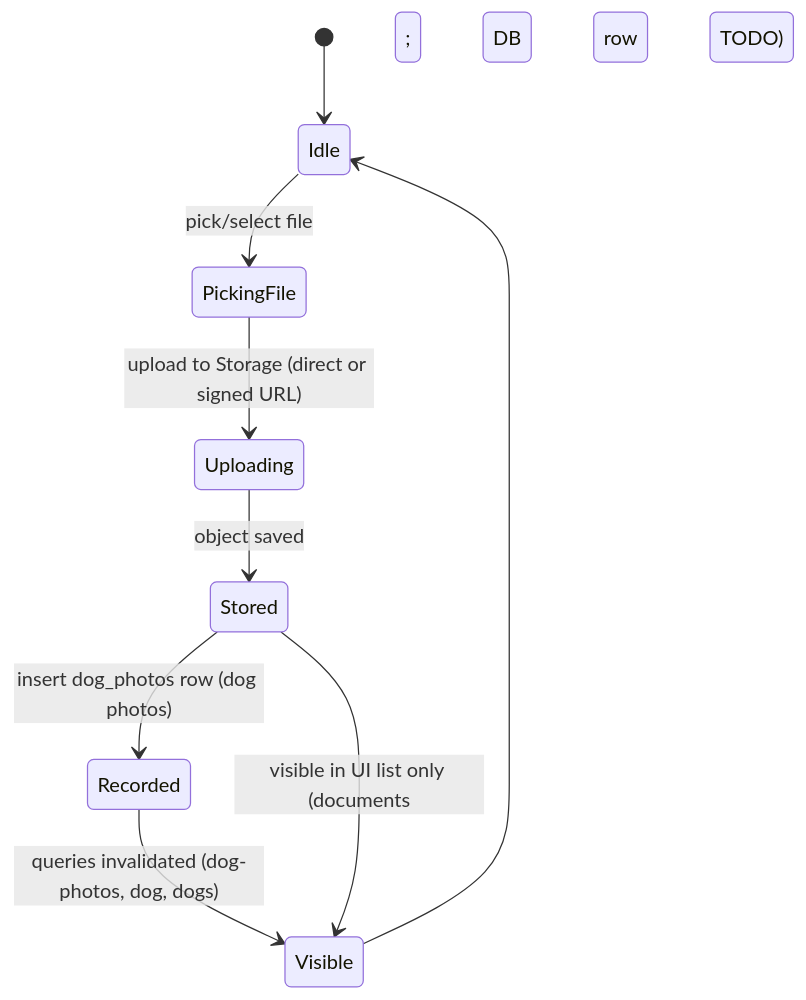
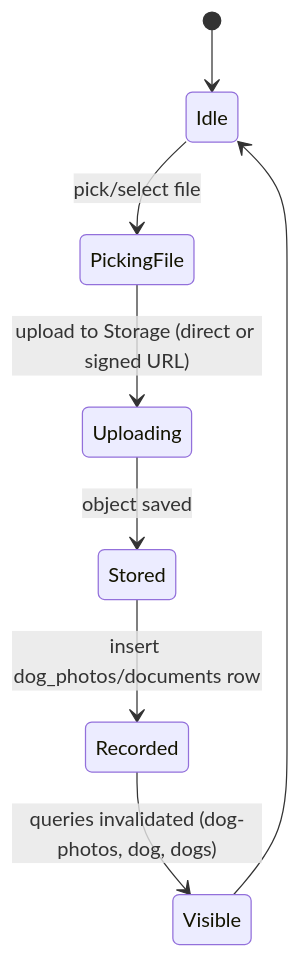
One commit to KRUKMAN/fafiq-app changed the diagram in docs/diagrams/states/04_document_upload.mmd. Above: the diagram before and after it, drawn with Mermaid. The commit also changed 22 other files, not shown here.

```diff
--- a/docs/diagrams/states/04_document_upload.mmd
+++ b/docs/diagrams/states/04_document_upload.mmd
@@ -1,9 +1,8 @@
 stateDiagram-v2
   [*] --> Idle
   Idle --> PickingFile : pick/select file
   PickingFile --> Uploading : upload to Storage (direct or signed URL)
   Uploading --> Stored : object saved
-  Stored --> Recorded : insert dog_photos row (dog photos)
+  Stored --> Recorded : insert dog_photos/documents row
   Recorded --> Visible : queries invalidated (dog-photos, dog, dogs)
-  Stored --> Visible : visible in UI list only (documents; DB row TODO)
   Visible --> Idle
```
